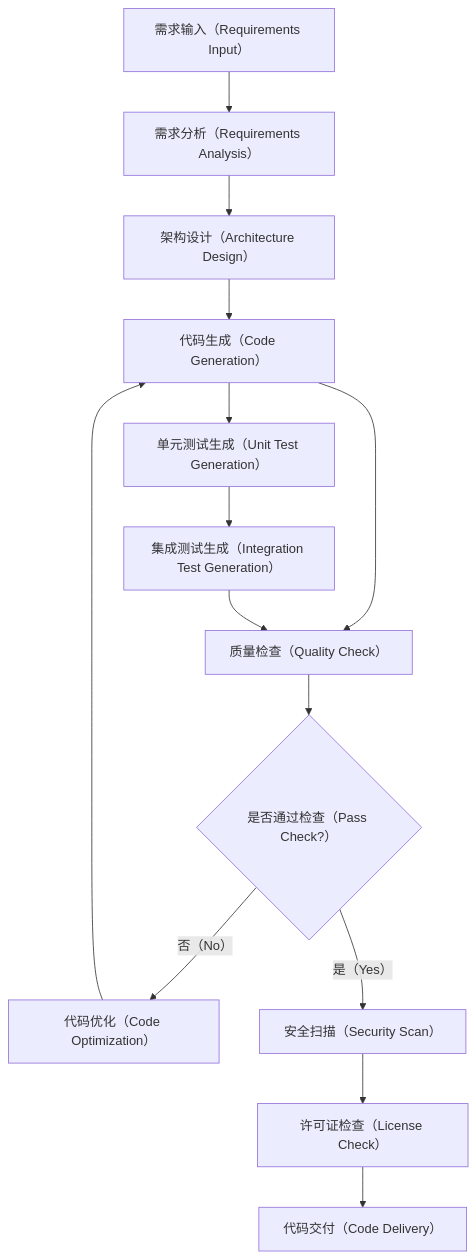
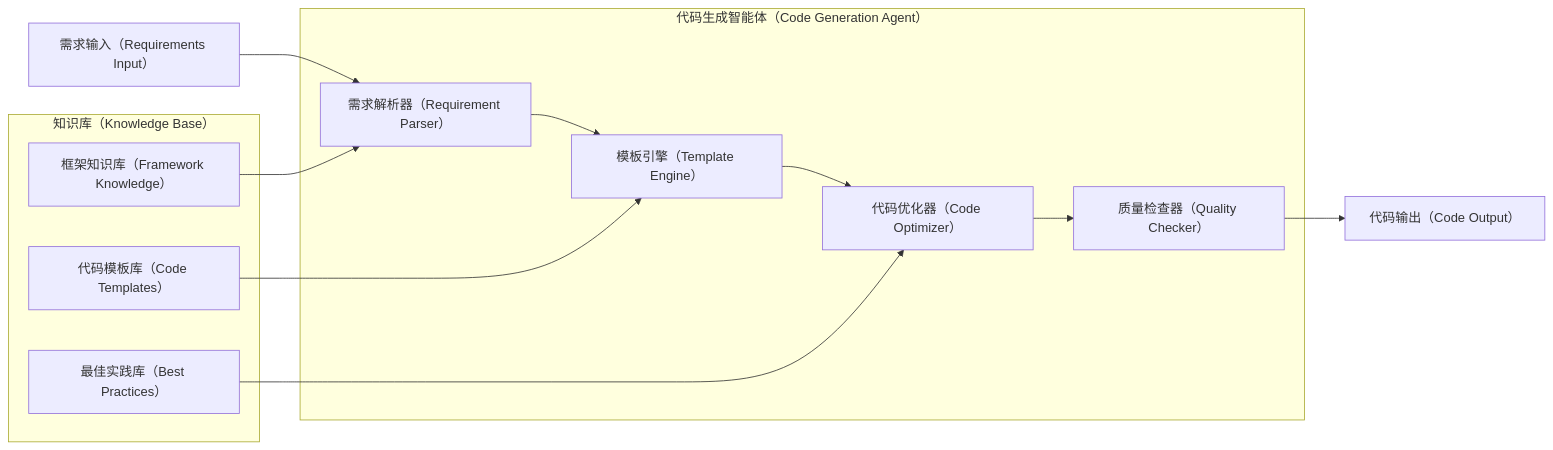
The fourth of 7 diagrams in docs/architecture.md (turtacn/protoforge), drawn with Mermaid before and after one commit. The commit also changed other lines of this file and 53 other files, not shown here.

````diff
--- a/docs/architecture.md
+++ b/docs/architecture.md
@@ -152,17 +194,26 @@
 ```mermaid
-flowchart TD
-    A[需求输入（Requirements Input）] --> B[需求分析（Requirements Analysis）]
-    B --> C[架构设计（Architecture Design）]
-    C --> D[代码生成（Code Generation）]
-    D --> E[质量检查（Quality Check）]
-    E --> F{是否通过检查（Pass Check?）}
-    F -->|否（No）| G[代码优化（Code Optimization）]
-    G --> D
-    F -->|是（Yes）| H[安全扫描（Security Scan）]
-    H --> I[许可证检查（License Check）]
-    I --> J[代码交付（Code Delivery）]
-    
-    D --> K[单元测试生成（Unit Test Generation）]
-    K --> L[集成测试生成（Integration Test Generation）]
-    L --> E
+graph LR
+    %% 代码生成智能体内部流程
+    subgraph CGA[代码生成智能体（Code Generation Agent）]
+        CG1[需求解析器（Requirement Parser）]
+        CG2[模板引擎（Template Engine）]
+        CG3[代码优化器（Code Optimizer）]
+        CG4[质量检查器（Quality Checker）]
+    end
+
+    subgraph KB[知识库（Knowledge Base）]
+        KB1[代码模板库（Code Templates）]
+        KB2[最佳实践库（Best Practices）]
+        KB3[框架知识库（Framework Knowledge）]
+    end
+
+    INPUT[需求输入（Requirements Input）] --> CG1
+    CG1 --> CG2
+    CG2 --> CG3
+    CG3 --> CG4
+    CG4 --> OUTPUT[代码输出（Code Output）]
+
+    KB1 --> CG2
+    KB2 --> CG3
+    KB3 --> CG1
 ```
````
